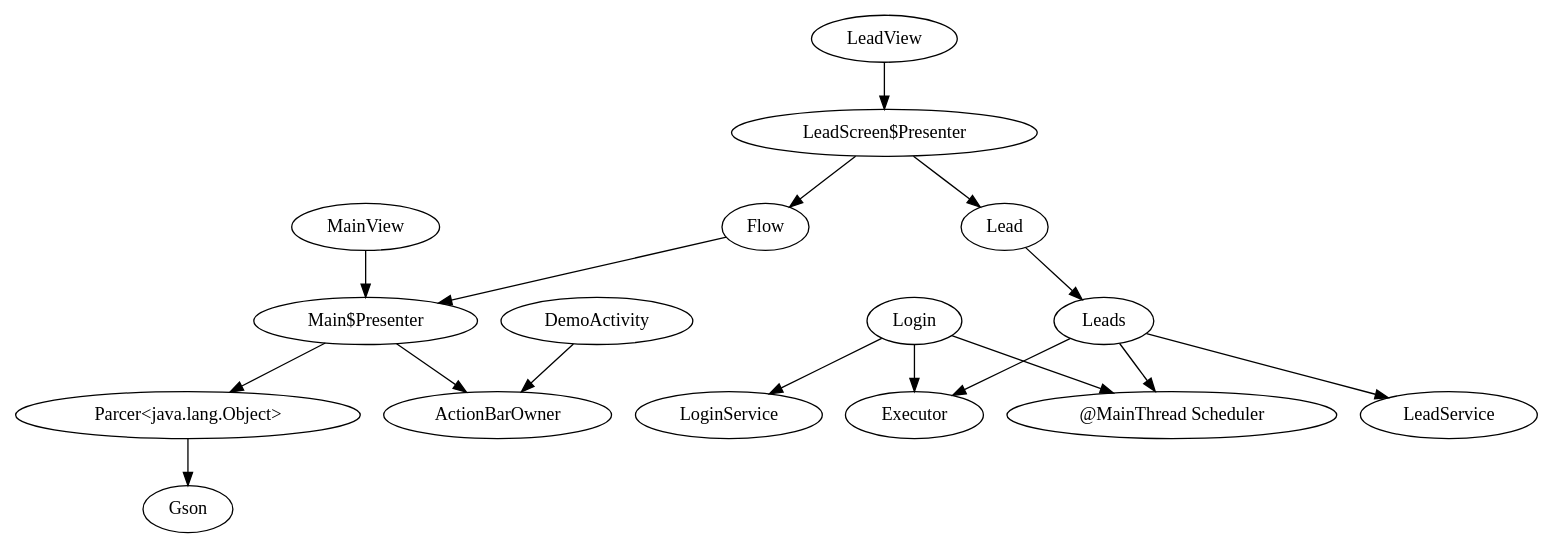
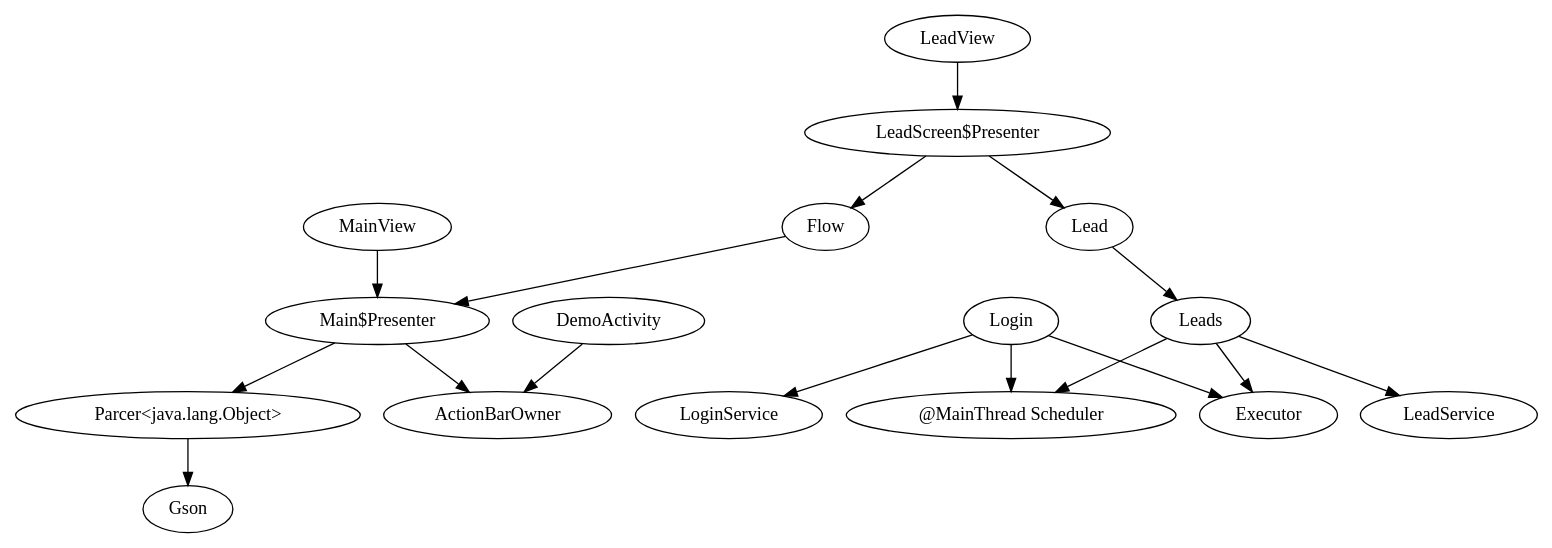
Before and after one commit to ganesansays/Topaz-Mortar: the diagram in target/generated-sources/annotations/com/example/mortar/screen/LeadScreen.Module.dot, drawn with Graphviz. The commit also changed other lines of this file and 11 other files, not shown here.

```diff
--- a/target/generated-sources/annotations/com/example/mortar/screen/LeadScreen.Module.dot
+++ b/target/generated-sources/annotations/com/example/mortar/screen/LeadScreen.Module.dot
@@ -1,23 +1,23 @@
 digraph G1 {
   concentrate = true;
   DemoActivity -> ActionBarOwner;
   n2 [label="Main$Presenter"];
   Flow -> n2;
   Lead -> Leads;
   n3 [label="LeadScreen$Presenter"];
   n3 -> Lead;
   n3 -> Flow;
   LeadView -> n3;
+  Leads -> Executor;
   n4 [label="@MainThread Scheduler"];
   Leads -> n4;
   Leads -> LeadService;
-  Leads -> Executor;
+  Login -> Executor;
+  Login -> n4;
   Login -> LoginService;
-  Login -> n4;
-  Login -> Executor;
-  n2 -> ActionBarOwner;
   n5 [label="Parcer<java.lang.Object>"];
   n2 -> n5;
+  n2 -> ActionBarOwner;
   MainView -> n2;
   n5 -> Gson;
 }
```
